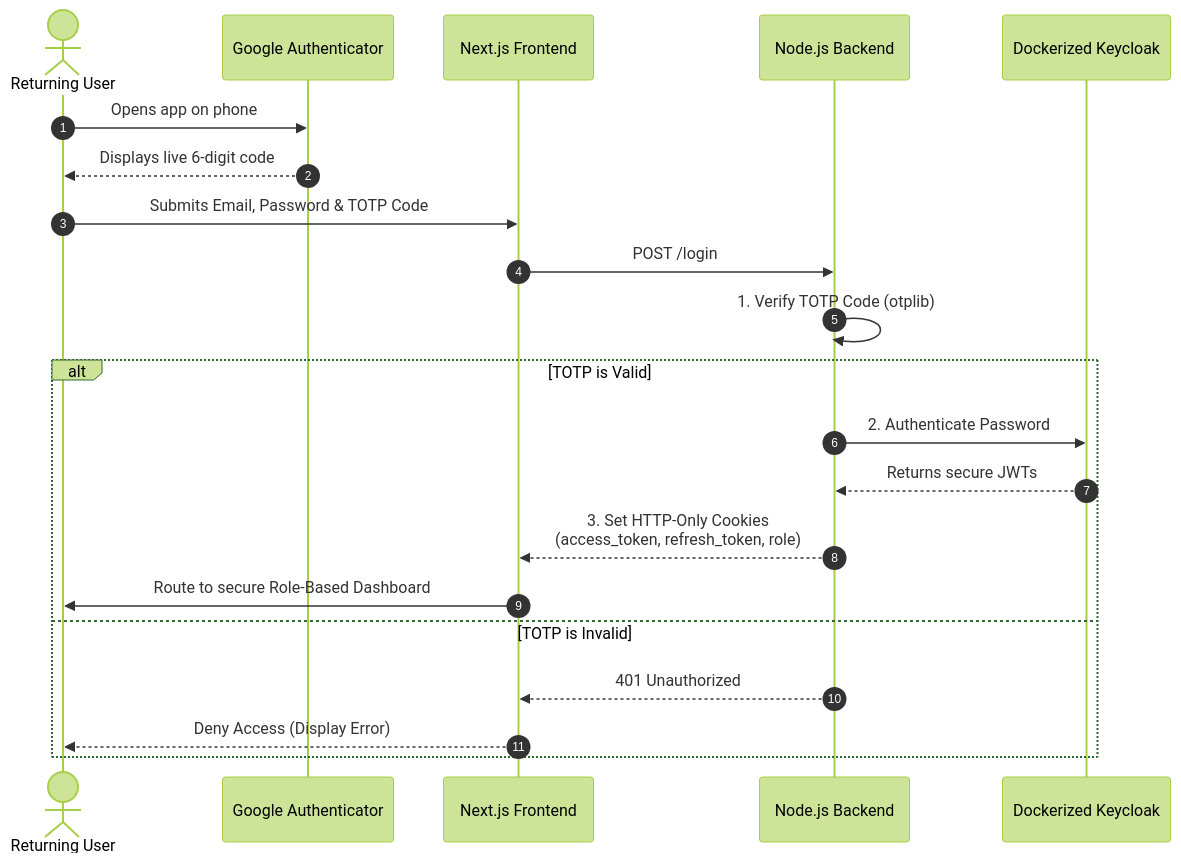
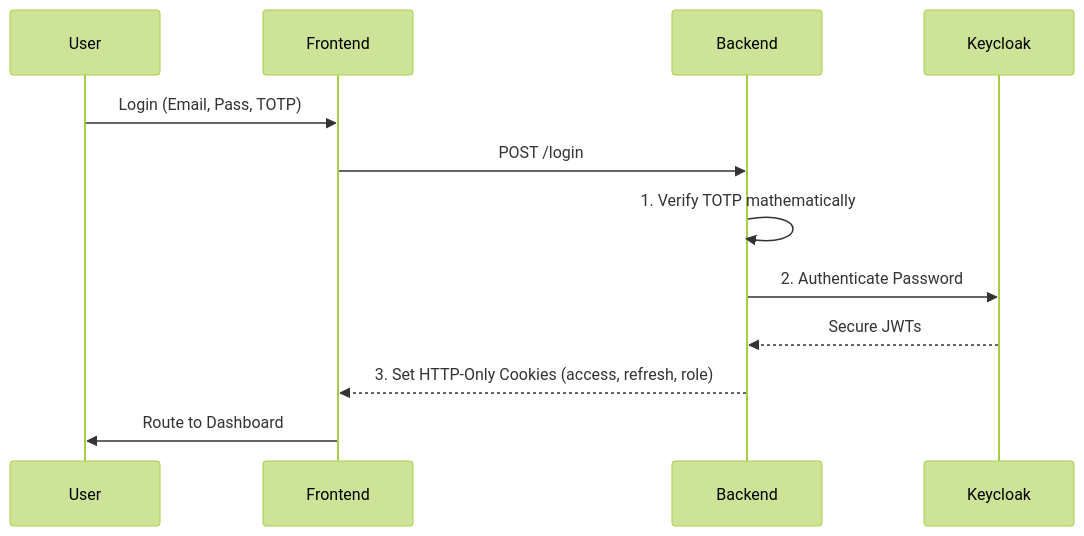
One commit to AmanSingh-24/Vendor-Hiring-Manager-Contract-Management-Module changed the second of 2 diagrams in README.md. Above: the diagram before and after it, drawn with Mermaid (forest theme). The commit also changed other lines of this file, not shown here.

````diff
--- a/README.md
+++ b/README.md
@@ -85,26 +129,15 @@
 ```mermaid
 sequenceDiagram
-    autonumber
-    actor U as Returning User
-    participant GA as Google Authenticator
-    participant F as Next.js Frontend
-    participant B as Node.js Backend
-    participant K as Dockerized Keycloak
-
-    U->>GA: Opens app on phone
-    GA-->>U: Displays live 6-digit code
-    U->>F: Submits Email, Password & TOTP Code
-    F->>B: POST /login
-
-    B->>B: 1. Verify TOTP Code (otplib)
+    participant User
+    participant Frontend
+    participant Backend
+    participant Keycloak
     
-    alt TOTP is Valid
-        B->>K: 2. Authenticate Password
-        K-->>B: Returns secure JWTs
-        B-->>F: 3. Set HTTP-Only Cookies <br/> (access_token, refresh_token, role)
-        F->>U: Route to secure Role-Based Dashboard
-    else TOTP is Invalid
-        B-->>F: 401 Unauthorized
-        F-->>U: Deny Access (Display Error)
-    end
+    User->>Frontend: Login (Email, Pass, TOTP)
+    Frontend->>Backend: POST /login
+    Backend->>Backend: 1. Verify TOTP mathematically
+    Backend->>Keycloak: 2. Authenticate Password
+    Keycloak-->>Backend: Secure JWTs
+    Backend-->>Frontend: 3. Set HTTP-Only Cookies (access, refresh, role)
+    Frontend->>User: Route to Dashboard
 ```
````
